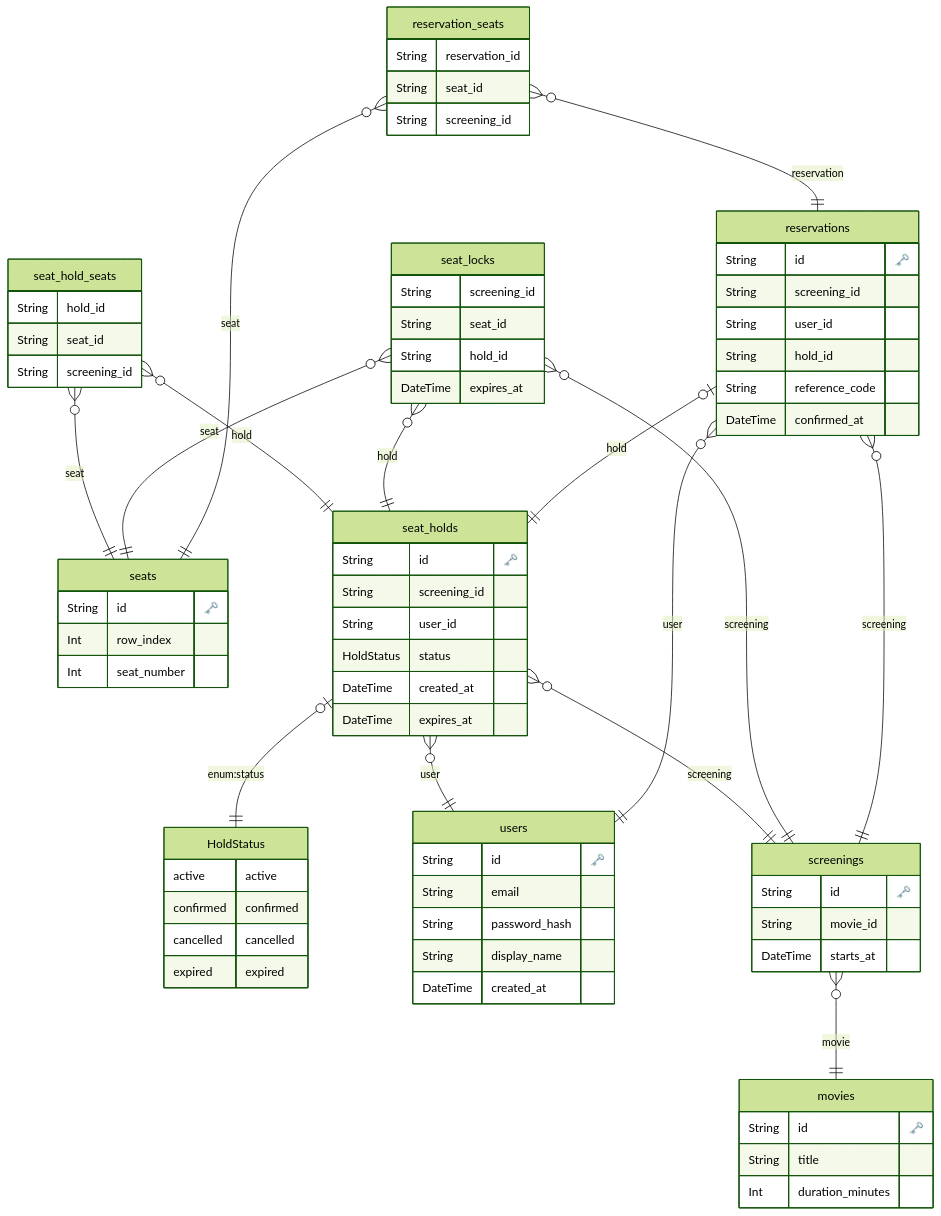
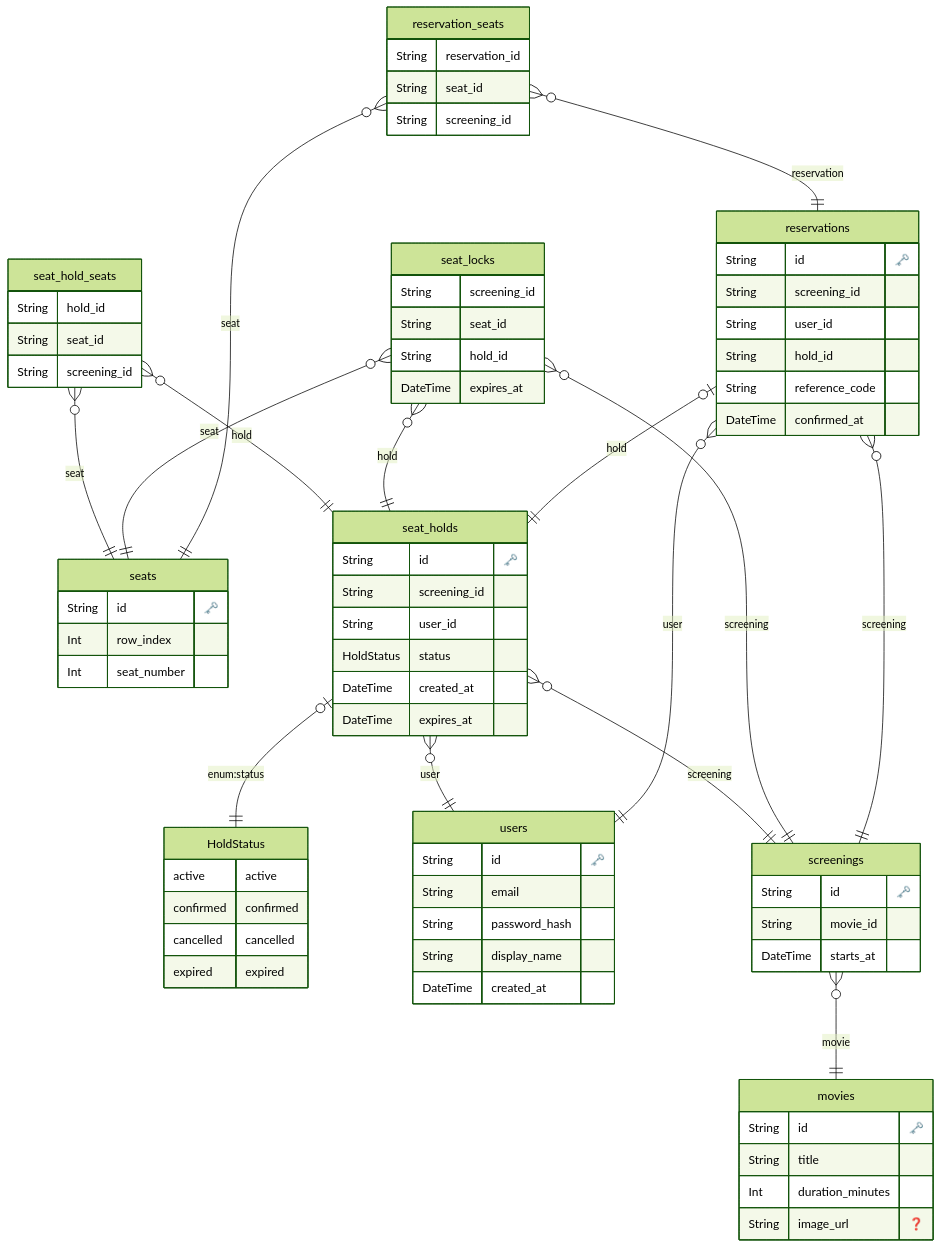
The diagram in docs/erd.md (RChavshush/SeatHappens), drawn with Mermaid (forest theme) before and after one commit. The commit also changed 22 other files, not shown here.

```diff
--- a/docs/erd.md
+++ b/docs/erd.md
@@ -21,6 +21,7 @@
     String id "🗝️"
     String title 
     Int duration_minutes 
+    String image_url "❓"
     }
   
 
```
